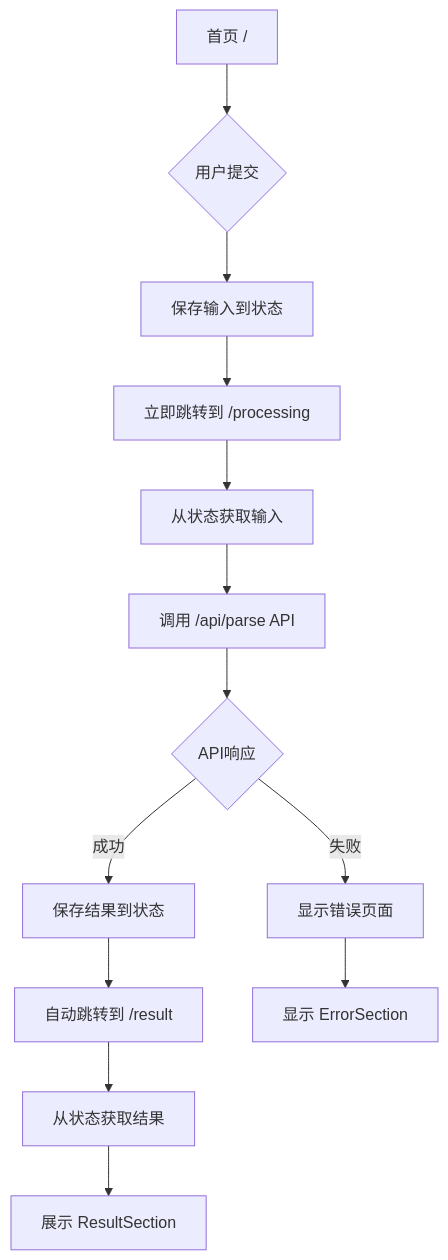
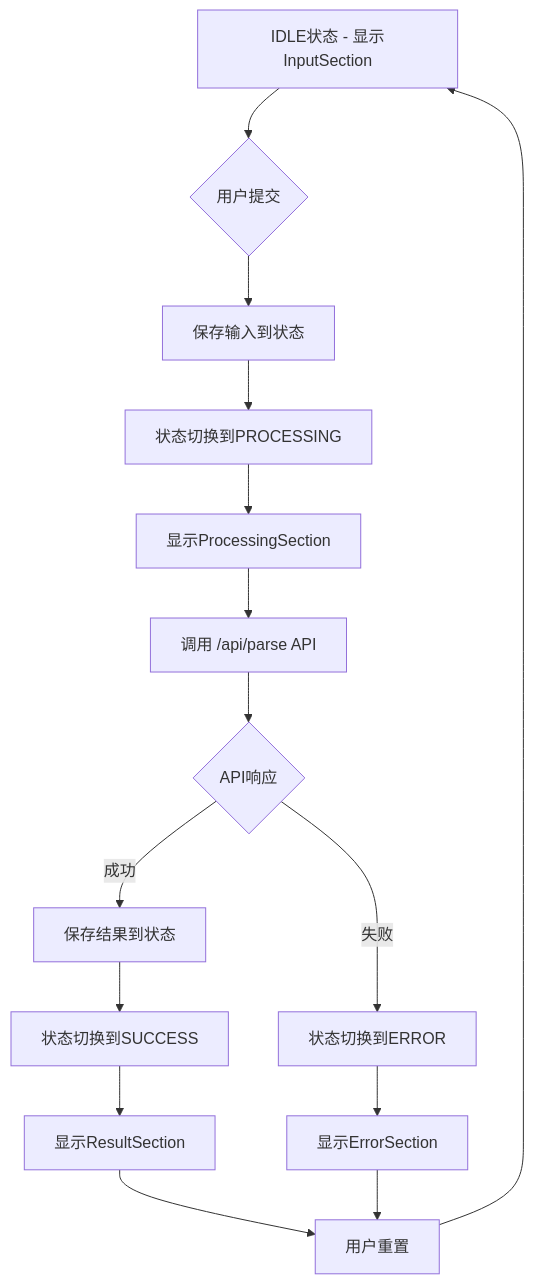
The diagram in docs/battle-plans/TOM-319-battle-plan-multi-page-analysis-flow.md (lmw-dev/script-parser), drawn with Mermaid before and after one commit. The commit also changed other lines of this file and 11 other files, not shown here.

````diff
--- a/docs/battle-plans/TOM-319-battle-plan-multi-page-analysis-flow.md
+++ b/docs/battle-plans/TOM-319-battle-plan-multi-page-analysis-flow.md
@@ -23,15 +23,17 @@
     ```mermaid
     graph TD
-        A[首页 /] --> B{用户提交}
+        A[IDLE状态 - 显示InputSection] --> B{用户提交}
         B --> C[保存输入到状态]
-        C --> D[立即跳转到 /processing]
-        D --> E[从状态获取输入]
+        C --> D[状态切换到PROCESSING]
+        D --> E[显示ProcessingSection]
         E --> F[调用 /api/parse API]
         F --> G{API响应}
         G -->|成功| H[保存结果到状态]
-        G -->|失败| I[显示错误页面]
-        H --> J[自动跳转到 /result]
-        J --> K[从状态获取结果]
-        K --> L[展示 ResultSection]
-        I --> M[显示 ErrorSection]
+        G -->|失败| I[状态切换到ERROR]
+        H --> J[状态切换到SUCCESS]
+        J --> K[显示ResultSection]
+        I --> L[显示ErrorSection]
+        K --> M[用户重置]
+        L --> M
+        M --> A
     ```
````
